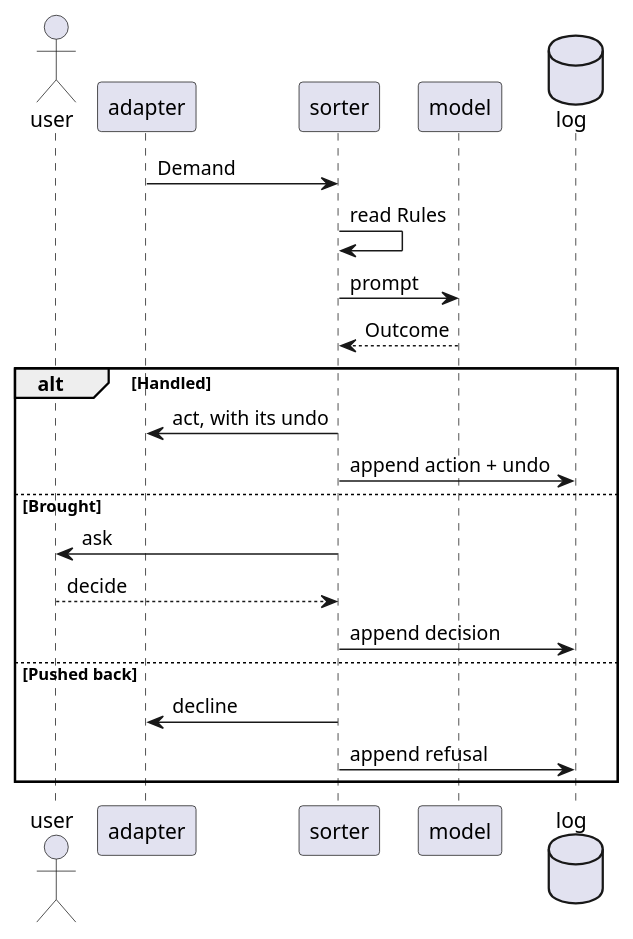
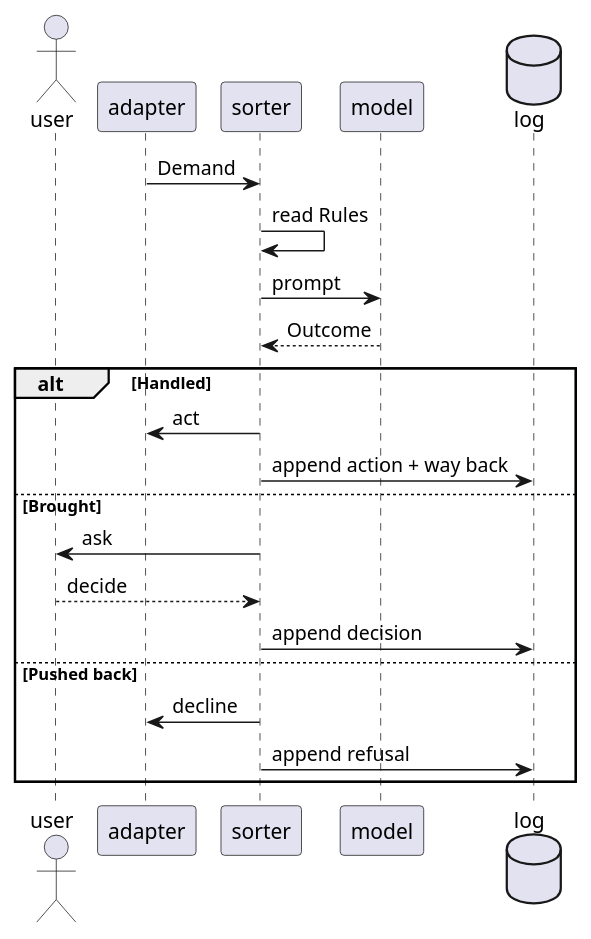
Before and after one commit to otium-hq/otium: the second of 2 diagrams in readme.md, drawn with PlantUML. The commit also changed 1 other file, not shown here.

Commit message:
docs: adr-005 gates Handled on authority, not reversibility
Reversibility as the gate handed back the irreversible chores the user
most wants gone. The gate is granted authority plus confidence.

````diff
--- a/readme.md
+++ b/readme.md
@@ -38,24 +38,24 @@
 ```plantuml
 actor user
 participant adapter
 participant sorter
 participant model
 database log
 
 adapter -> sorter : Demand
 sorter -> sorter : read Rules
 sorter -> model : prompt
 model --> sorter : Outcome
 
 alt Handled
-  sorter -> adapter : act, with its undo
-  sorter -> log : append action + undo
+  sorter -> adapter : act
+  sorter -> log : append action + way back
 else Brought
   sorter -> user : ask
   user --> sorter : decide
   sorter -> log : append decision
 else Pushed back
   sorter -> adapter : decline
   sorter -> log : append refusal
 end
 ```
````
